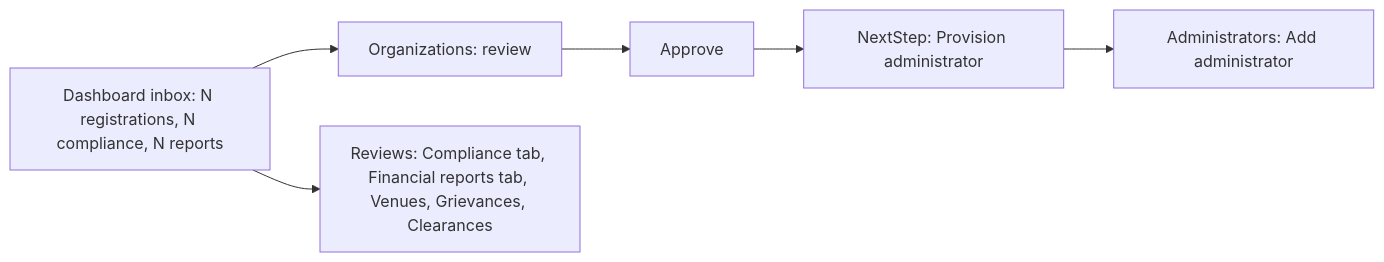
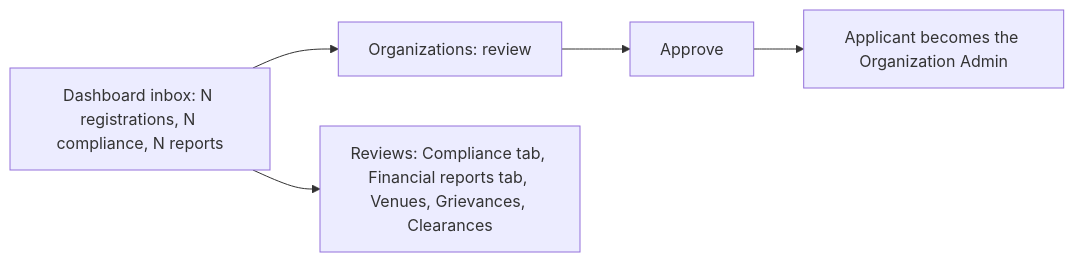
The fourth of 8 diagrams in docs/UX_FLOW.md (prodoc-zen/Hiusa-FULL), drawn with Mermaid before and after one commit. The commit also changed other lines of this file and 56 other files, not shown here.

````diff
--- a/docs/UX_FLOW.md
+++ b/docs/UX_FLOW.md
@@ -198,8 +198,7 @@
 ```mermaid
 flowchart LR
   SA1[Dashboard inbox: N registrations, N compliance, N reports] --> SA2[Organizations: review]
   SA2 --> SA3[Approve]
-  SA3 --> SA4["NextStep: Provision administrator"]
-  SA4 --> SA5[Administrators: Add administrator]
+  SA3 --> SA4["Applicant becomes the Organization Admin"]
   SA1 --> SA6[Reviews: Compliance tab, Financial reports tab, Venues, Grievances, Clearances]
 ```
````
